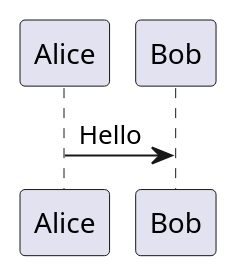
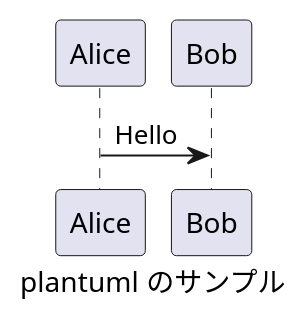
Before and after one commit to Hondarer/c-modernization-kit: the diagram in app/doxygen-sample/prod/src/markdown_sample.md, drawn with PlantUML. The commit also changed other lines of this file and 10 other files, not shown here.

````diff
--- a/app/doxygen-sample/prod/src/markdown_sample.md
+++ b/app/doxygen-sample/prod/src/markdown_sample.md
@@ -5,5 +8,6 @@
 ```plantuml
 @startuml
-Alice->Bob: Hello
+    caption plantuml のサンプル
+    Alice->Bob: Hello
 @enduml
 ```
````
